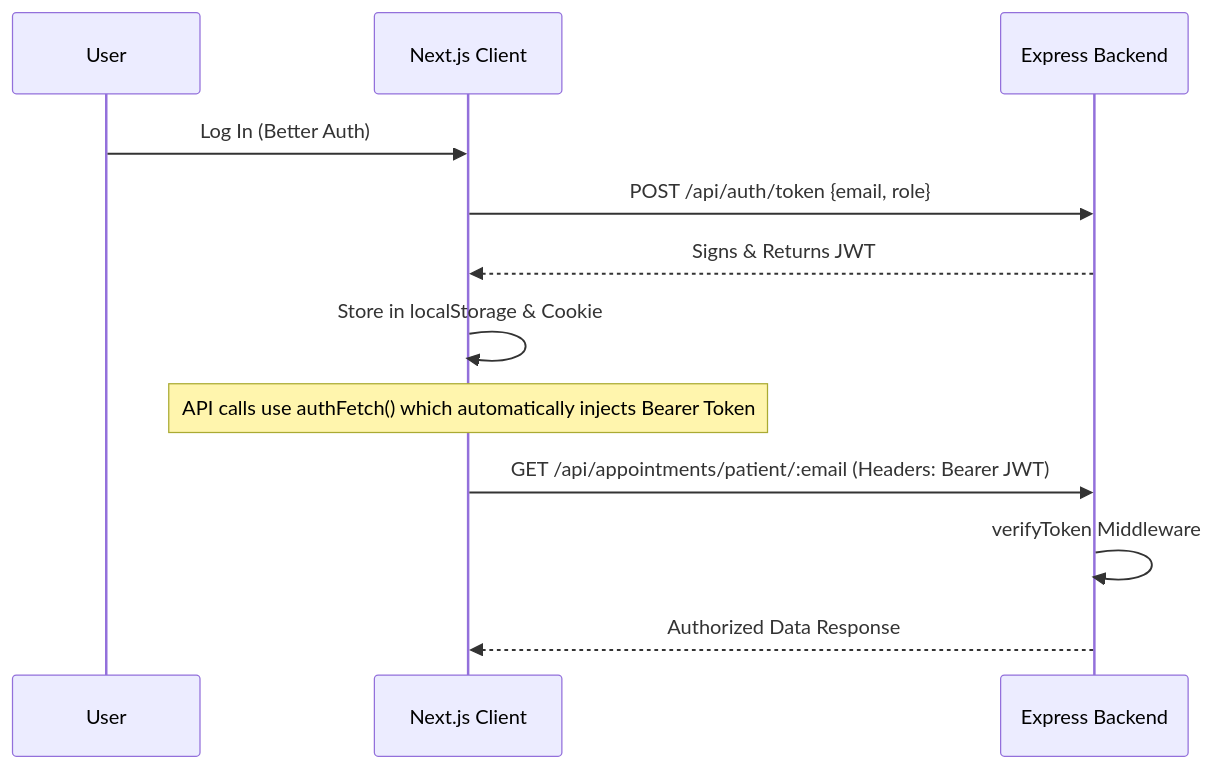
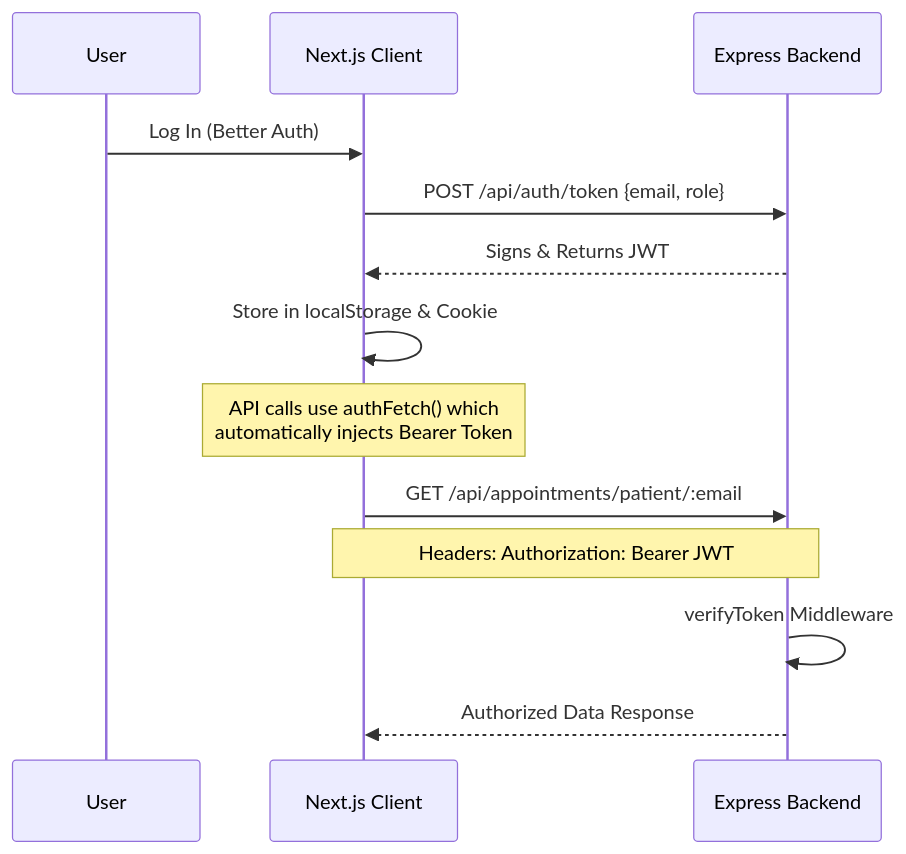
The diagram in README.md (saikot05/auranex-client), drawn with Mermaid before and after one commit. The commit also changed other lines of this file, not shown here.

````diff
--- a/README.md
+++ b/README.md
@@ -41,15 +68,18 @@
 ```mermaid
 sequenceDiagram
     participant User
     participant NextJS as Next.js Client
     participant Express as Express Backend
 
     User->>NextJS: Log In (Better Auth)
     NextJS->>Express: POST /api/auth/token {email, role}
     Express-->>NextJS: Signs & Returns JWT
+
     NextJS->>NextJS: Store in localStorage & Cookie
-    Note over NextJS: API calls use authFetch() which automatically injects Bearer Token
-    NextJS->>Express: GET /api/appointments/patient/:email (Headers: Bearer JWT)
+    Note over NextJS: API calls use authFetch() which<br/>automatically injects Bearer Token
+
+    NextJS->>Express: GET /api/appointments/patient/:email
+    Note over NextJS,Express: Headers: Authorization: Bearer JWT
     Express->>Express: verifyToken Middleware
     Express-->>NextJS: Authorized Data Response
 ```
````
